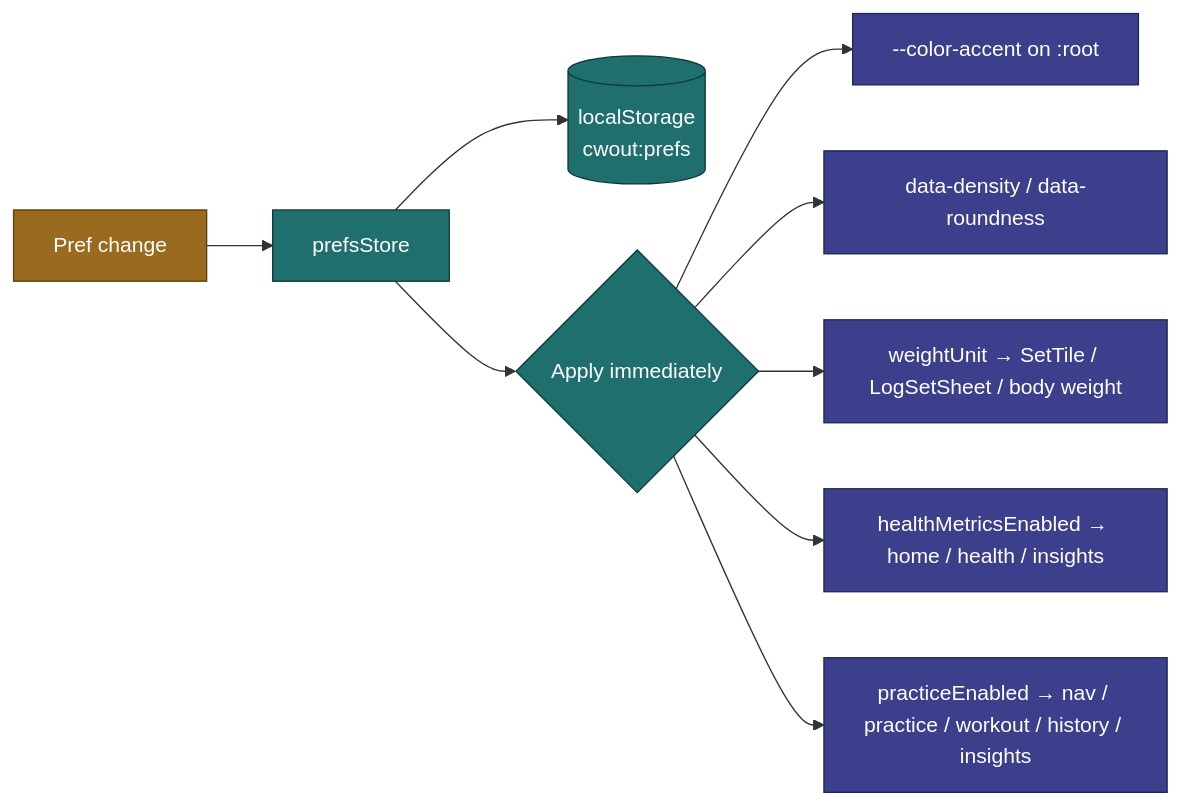
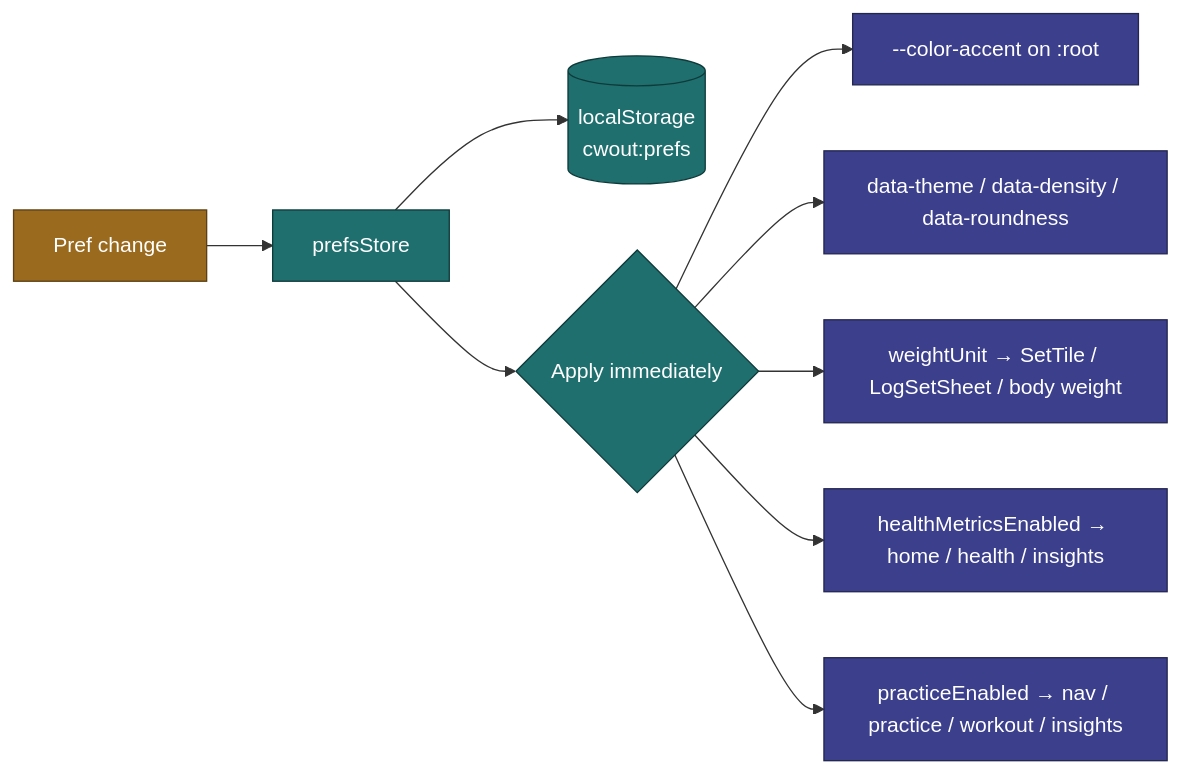
Before and after one commit to jermbo/CosmicWorkOut: the second of 2 diagrams in docs/requirements/settings-preferences.md, drawn with Mermaid. The commit also changed other lines of this file and 88 other files, not shown here.

````diff
--- a/docs/requirements/settings-preferences.md
+++ b/docs/requirements/settings-preferences.md
@@ -106,18 +106,18 @@
 ```mermaid
 flowchart LR
     Change[Pref change] --> Store[prefsStore]
     Store --> LS[("localStorage<br/>cwout:prefs")]
     Store --> Apply{Apply immediately}
     Apply --> CSS["--color-accent on :root"]
-    Apply --> Data["data-density / data-roundness"]
+    Apply --> Data["data-theme / data-density / data-roundness"]
     Apply --> Unit[weightUnit → SetTile / LogSetSheet / body weight]
     Apply --> Health[healthMetricsEnabled → home / health / insights]
-    Apply --> Practice[practiceEnabled → nav / practice / workout / history / insights]
+    Apply --> Practice[practiceEnabled → nav / practice / workout / insights]
 
     classDef trigger fill:#9a6a1f,stroke:#5c3f12,color:#ffffff;
     classDef store fill:#1f6f6f,stroke:#0f3a3a,color:#ffffff;
     classDef effect fill:#3b3f8c,stroke:#23264f,color:#ffffff;
     class Change trigger;
     class Store,LS,Apply store;
     class CSS,Data,Unit,Health,Practice effect;
 ```
````
